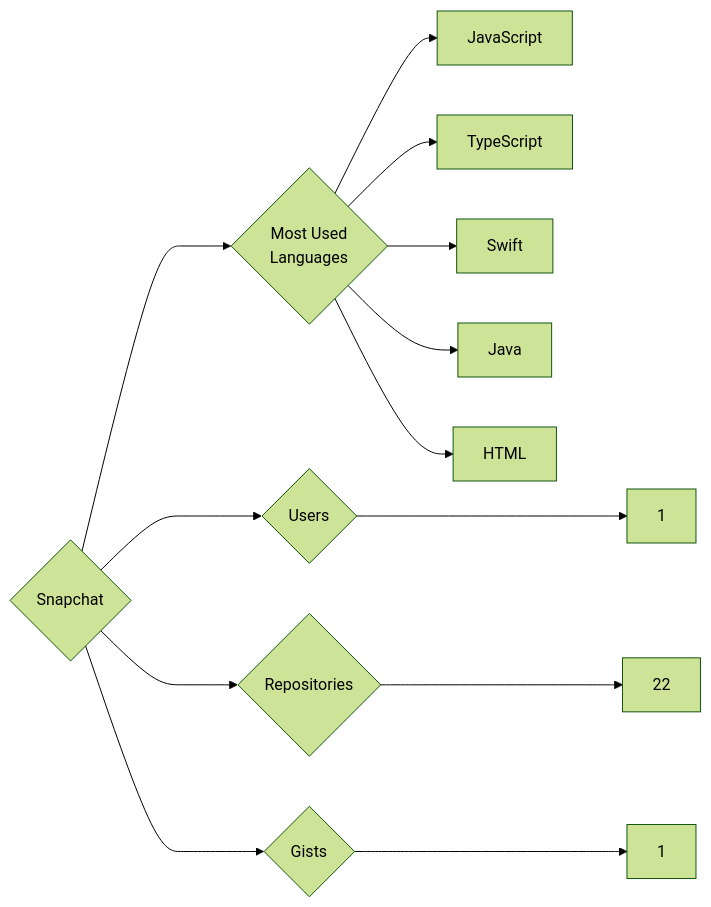
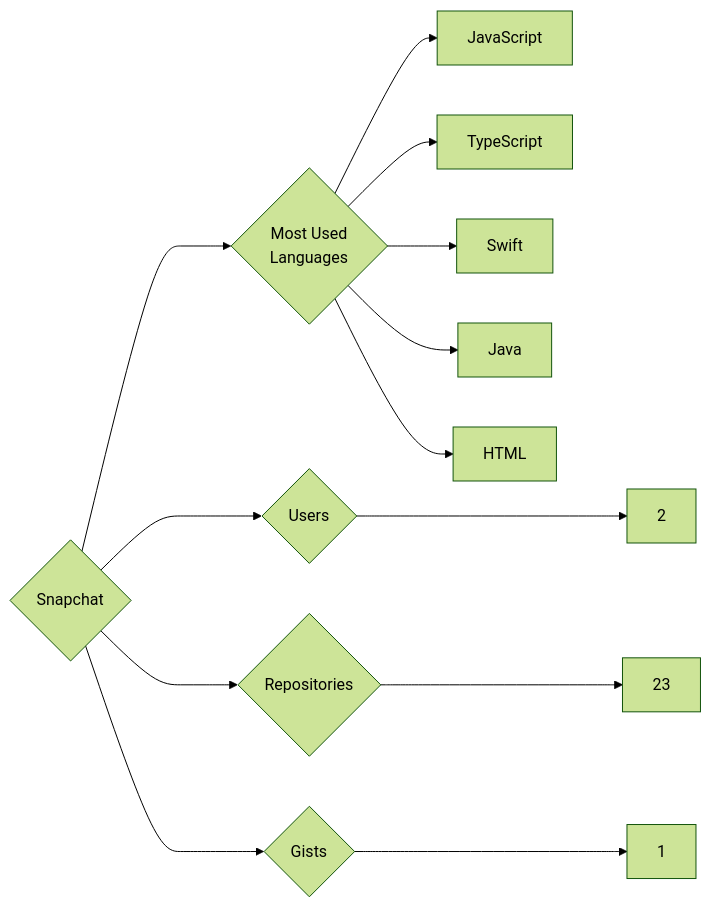
Before and after one commit to trickest/insiders: the diagram in targets/Snapchat/README.md, drawn with Mermaid (forest theme). The commit also changed 839 other files, not shown here.

````diff
--- a/targets/Snapchat/README.md
+++ b/targets/Snapchat/README.md
@@ -3,13 +3,13 @@
 ```mermaid
 graph LR
 COMPANY_NAME{Snapchat}
-COMPANY_NAME ---> U{Users} ---> UN[1]
-COMPANY_NAME ---> R{Repositories} ---> RN[22]
+COMPANY_NAME ---> U{Users} ---> UN[2]
+COMPANY_NAME ---> R{Repositories} ---> RN[23]
 COMPANY_NAME ---> G{Gists} ---> GN[1]
 COMPANY_NAME ---> ML{Most Used<br>Languages}
 ML --> JavaScript[JavaScript]
 ML --> TypeScript[TypeScript]
 ML --> Swift[Swift]
 ML --> Java[Java]
 ML --> HTML[HTML]
 ```
````
